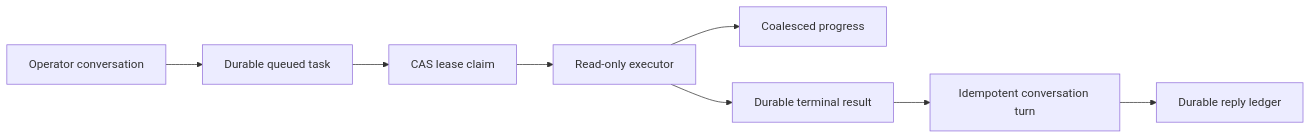
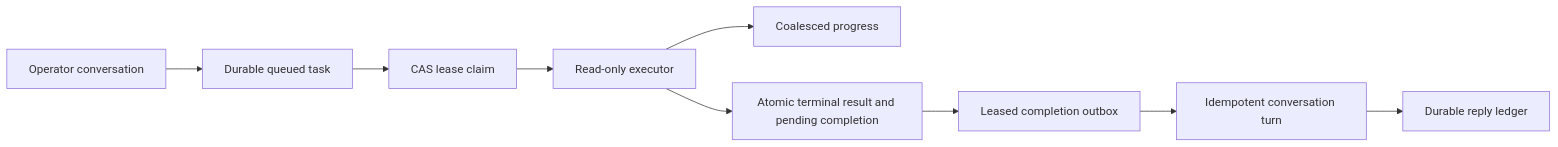
Before and after one commit to dotnetpower/fdai: the diagram in docs/roadmap/interfaces/background-task-sessions.md, drawn with Mermaid. The commit also changed other lines of this file and 25 other files, not shown here.

Commit message:
feat: make background completion delivery durable

````diff
--- a/docs/roadmap/interfaces/background-task-sessions.md
+++ b/docs/roadmap/interfaces/background-task-sessions.md
@@ -21,10 +22,11 @@
 ```mermaid
 flowchart LR
     USER[Operator conversation] --> CREATE[Durable queued task]
     CREATE --> CLAIM[CAS lease claim]
     CLAIM --> RUN[Read-only executor]
     RUN --> PROGRESS[Coalesced progress]
-    RUN --> RESULT[Durable terminal result]
-    RESULT --> TURN[Idempotent conversation turn]
+    RUN --> RESULT[Atomic terminal result and pending completion]
+    RESULT --> OUTBOX[Leased completion outbox]
+    OUTBOX --> TURN[Idempotent conversation turn]
     TURN --> DELIVERY[Durable reply ledger]
 ```
````
